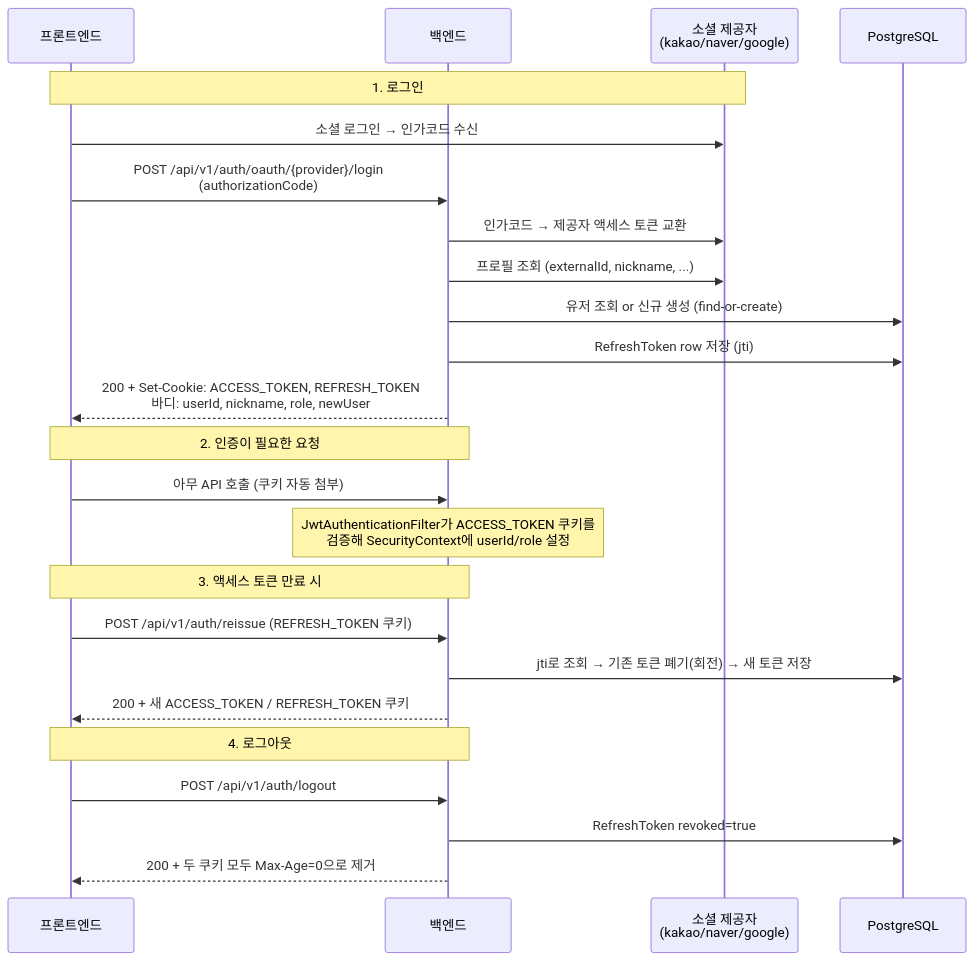
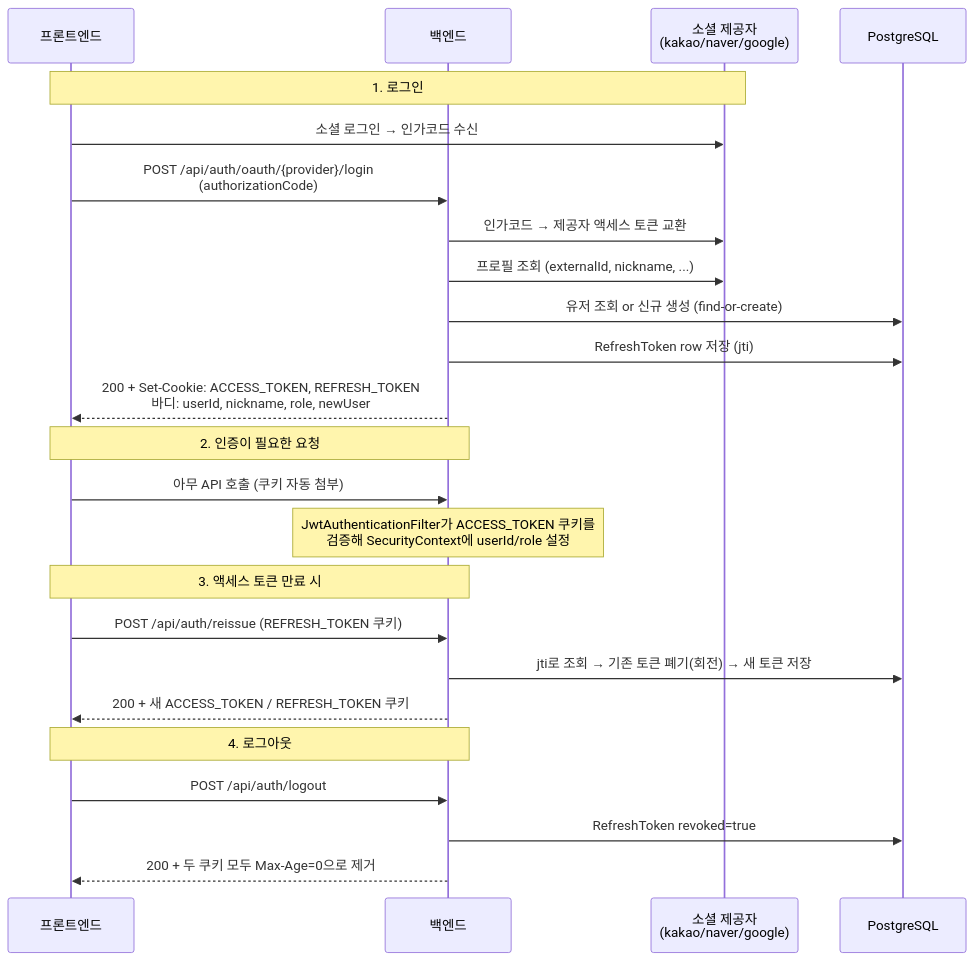
One commit to JEJUGILMOA/JEJUGILMOA-BE changed the diagram in docs/auth.md. Above: the diagram before and after it, drawn with Mermaid. The commit also changed other lines of this file and 2 other files, not shown here.

Commit message:
[Docs] Apple 로그인 인증 구조 및 API 경로 정리

````diff
--- a/docs/auth.md
+++ b/docs/auth.md
@@ -15,30 +15,30 @@
 ```mermaid
 sequenceDiagram
     participant FE as 프론트엔드
     participant BE as 백엔드
     participant OAuth as 소셜 제공자<br/>(kakao/naver/google)
     participant DB as PostgreSQL
 
     Note over FE,OAuth: 1. 로그인
     FE->>OAuth: 소셜 로그인 → 인가코드 수신
-    FE->>BE: POST /api/v1/auth/oauth/{provider}/login<br/>(authorizationCode)
+    FE->>BE: POST /api/auth/oauth/{provider}/login<br/>(authorizationCode)
     BE->>OAuth: 인가코드 → 제공자 액세스 토큰 교환
     BE->>OAuth: 프로필 조회 (externalId, nickname, ...)
     BE->>DB: 유저 조회 or 신규 생성 (find-or-create)
     BE->>DB: RefreshToken row 저장 (jti)
     BE-->>FE: 200 + Set-Cookie: ACCESS_TOKEN, REFRESH_TOKEN<br/>바디: userId, nickname, role, newUser
 
     Note over FE,BE: 2. 인증이 필요한 요청
     FE->>BE: 아무 API 호출 (쿠키 자동 첨부)
     Note over BE: JwtAuthenticationFilter가 ACCESS_TOKEN 쿠키를<br/>검증해 SecurityContext에 userId/role 설정
 
     Note over FE,BE: 3. 액세스 토큰 만료 시
-    FE->>BE: POST /api/v1/auth/reissue (REFRESH_TOKEN 쿠키)
+    FE->>BE: POST /api/auth/reissue (REFRESH_TOKEN 쿠키)
     BE->>DB: jti로 조회 → 기존 토큰 폐기(회전) → 새 토큰 저장
     BE-->>FE: 200 + 새 ACCESS_TOKEN / REFRESH_TOKEN 쿠키
 
     Note over FE,BE: 4. 로그아웃
-    FE->>BE: POST /api/v1/auth/logout
+    FE->>BE: POST /api/auth/logout
     BE->>DB: RefreshToken revoked=true
     BE-->>FE: 200 + 두 쿠키 모두 Max-Age=0으로 제거
 ```
````
